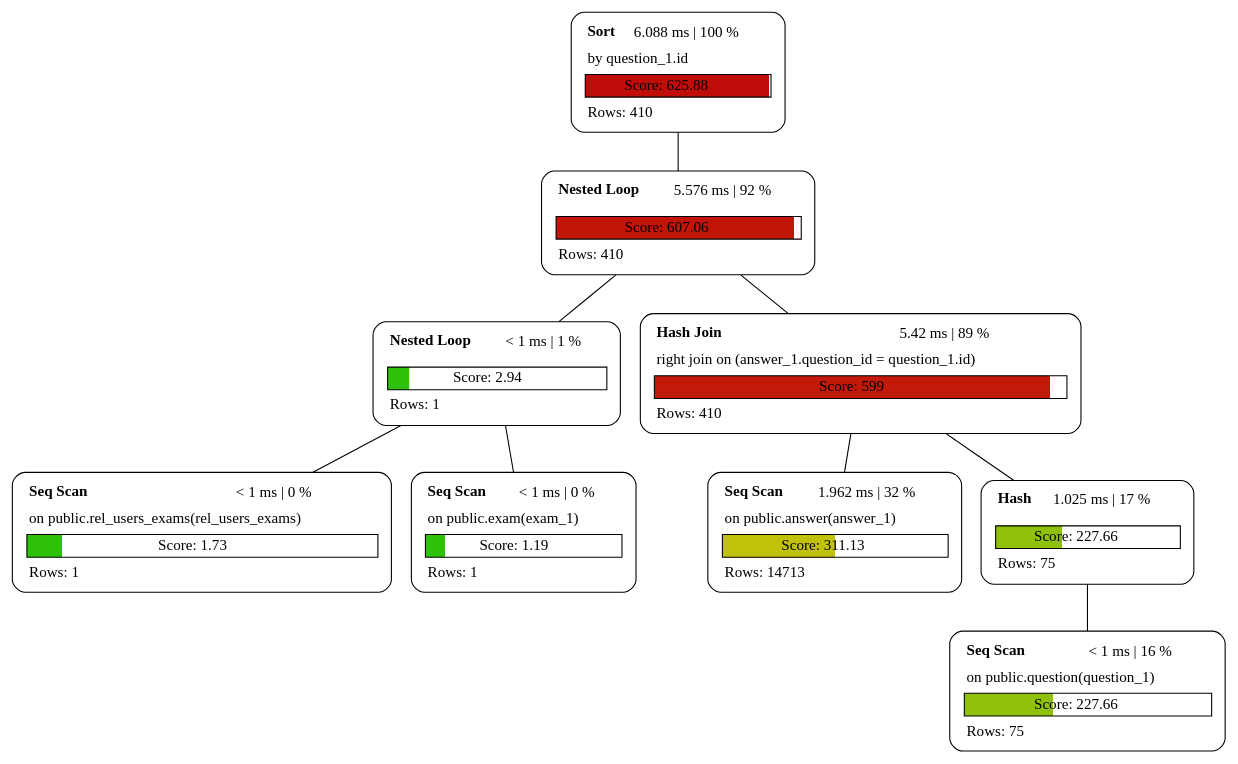
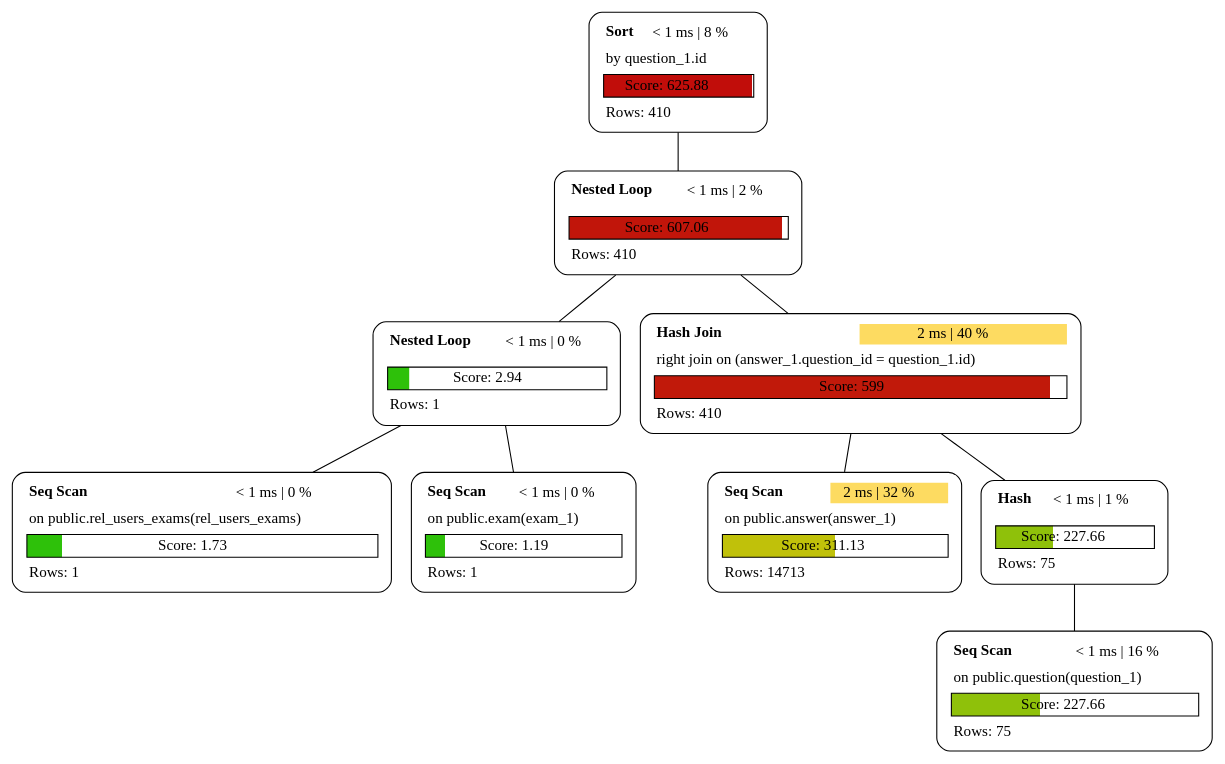
The diagram in examples/plan_2.dot (sanpii/explain), drawn with Graphviz before and after one commit. The commit also changed 16 other files, not shown here.

```diff
--- a/examples/plan_2.dot
+++ b/examples/plan_2.dot
@@ -1,19 +1,19 @@
 graph explain {
-    node0[label=<<table border="0" cellborder="0" cellspacing="5"><tr><td align="left"><b>Sort</b></td><td>6.088 ms | 100 %</td></tr><tr><td colspan="2" align="left">by question_1.id</td></tr><tr><td colspan="2" border="1" bgcolor="#c10d0a;0.99:white">Score: 625.88</td></tr><tr><td colspan="2" align="left">Rows: 410</td></tr></table>>][style="rounded"][shape="box"];
-    node1[label=<<table border="0" cellborder="0" cellspacing="5"><tr><td align="left"><b>Nested Loop</b></td><td>5.576 ms | 92 %</td></tr><tr><td colspan="2" align="left"></td></tr><tr><td colspan="2" border="1" bgcolor="#c1150a;0.97:white">Score: 607.06</td></tr><tr><td colspan="2" align="left">Rows: 410</td></tr></table>>][style="rounded"][shape="box"];
-    node2[label=<<table border="0" cellborder="0" cellspacing="5"><tr><td align="left"><b>Nested Loop</b></td><td>&lt; 1 ms | 1 %</td></tr><tr><td colspan="2" align="left"></td></tr><tr><td colspan="2" border="1" bgcolor="#2ec10a;0.10:white">Score: 2.94</td></tr><tr><td colspan="2" align="left">Rows: 1</td></tr></table>>][style="rounded"][shape="box"];
+    node0[label=<<table border="0" cellborder="0" cellspacing="5"><tr><td align="left"><b>Sort</b></td><td>&lt; 1 ms | 8 %</td></tr><tr><td colspan="2" align="left">by question_1.id</td></tr><tr><td colspan="2" border="1" bgcolor="#c10d0a;0.99:white">Score: 625.88</td></tr><tr><td colspan="2" align="left">Rows: 410</td></tr></table>>][style="rounded"][shape="box"];
+    node1[label=<<table border="0" cellborder="0" cellspacing="5"><tr><td align="left"><b>Nested Loop</b></td><td>&lt; 1 ms | 2 %</td></tr><tr><td colspan="2" align="left"></td></tr><tr><td colspan="2" border="1" bgcolor="#c1150a;0.97:white">Score: 607.06</td></tr><tr><td colspan="2" align="left">Rows: 410</td></tr></table>>][style="rounded"][shape="box"];
+    node2[label=<<table border="0" cellborder="0" cellspacing="5"><tr><td align="left"><b>Nested Loop</b></td><td>&lt; 1 ms | 0 %</td></tr><tr><td colspan="2" align="left"></td></tr><tr><td colspan="2" border="1" bgcolor="#2ec10a;0.10:white">Score: 2.94</td></tr><tr><td colspan="2" align="left">Rows: 1</td></tr></table>>][style="rounded"][shape="box"];
     node3[label=<<table border="0" cellborder="0" cellspacing="5"><tr><td align="left"><b>Seq Scan</b></td><td>&lt; 1 ms | 0 %</td></tr><tr><td colspan="2" align="left">on public.rel_users_exams(rel_users_exams)</td></tr><tr><td colspan="2" border="1" bgcolor="#2ec10a;0.10:white">Score: 1.73</td></tr><tr><td colspan="2" align="left">Rows: 1</td></tr></table>>][style="rounded"][shape="box"];
     node4[label=<<table border="0" cellborder="0" cellspacing="5"><tr><td align="left"><b>Seq Scan</b></td><td>&lt; 1 ms | 0 %</td></tr><tr><td colspan="2" align="left">on public.exam(exam_1)</td></tr><tr><td colspan="2" border="1" bgcolor="#2ec10a;0.10:white">Score: 1.19</td></tr><tr><td colspan="2" align="left">Rows: 1</td></tr></table>>][style="rounded"][shape="box"];
-    node5[label=<<table border="0" cellborder="0" cellspacing="5"><tr><td align="left"><b>Hash Join</b></td><td>5.42 ms | 89 %</td></tr><tr><td colspan="2" align="left">right join on (answer_1.question_id = question_1.id)</td></tr><tr><td colspan="2" border="1" bgcolor="#c1190a;0.96:white">Score: 599</td></tr><tr><td colspan="2" align="left">Rows: 410</td></tr></table>>][style="rounded"][shape="box"];
-    node6[label=<<table border="0" cellborder="0" cellspacing="5"><tr><td align="left"><b>Seq Scan</b></td><td>1.962 ms | 32 %</td></tr><tr><td colspan="2" align="left">on public.answer(answer_1)</td></tr><tr><td colspan="2" border="1" bgcolor="#c0c10a;0.50:white">Score: 311.13</td></tr><tr><td colspan="2" align="left">Rows: 14713</td></tr></table>>][style="rounded"][shape="box"];
-    node7[label=<<table border="0" cellborder="0" cellspacing="5"><tr><td align="left"><b>Hash</b></td><td>1.025 ms | 17 %</td></tr><tr><td colspan="2" align="left"></td></tr><tr><td colspan="2" border="1" bgcolor="#8fc10a;0.36:white">Score: 227.66</td></tr><tr><td colspan="2" align="left">Rows: 75</td></tr></table>>][style="rounded"][shape="box"];
+    node5[label=<<table border="0" cellborder="0" cellspacing="5"><tr><td align="left"><b>Hash Join</b></td><td bgcolor="#fddb61">2 ms | 40 %</td></tr><tr><td colspan="2" align="left">right join on (answer_1.question_id = question_1.id)</td></tr><tr><td colspan="2" border="1" bgcolor="#c1190a;0.96:white">Score: 599</td></tr><tr><td colspan="2" align="left">Rows: 410</td></tr></table>>][style="rounded"][shape="box"];
+    node6[label=<<table border="0" cellborder="0" cellspacing="5"><tr><td align="left"><b>Seq Scan</b></td><td bgcolor="#fddb61">2 ms | 32 %</td></tr><tr><td colspan="2" align="left">on public.answer(answer_1)</td></tr><tr><td colspan="2" border="1" bgcolor="#c0c10a;0.50:white">Score: 311.13</td></tr><tr><td colspan="2" align="left">Rows: 14713</td></tr></table>>][style="rounded"][shape="box"];
+    node7[label=<<table border="0" cellborder="0" cellspacing="5"><tr><td align="left"><b>Hash</b></td><td>&lt; 1 ms | 1 %</td></tr><tr><td colspan="2" align="left"></td></tr><tr><td colspan="2" border="1" bgcolor="#8fc10a;0.36:white">Score: 227.66</td></tr><tr><td colspan="2" align="left">Rows: 75</td></tr></table>>][style="rounded"][shape="box"];
     node8[label=<<table border="0" cellborder="0" cellspacing="5"><tr><td align="left"><b>Seq Scan</b></td><td>&lt; 1 ms | 16 %</td></tr><tr><td colspan="2" align="left">on public.question(question_1)</td></tr><tr><td colspan="2" border="1" bgcolor="#8fc10a;0.36:white">Score: 227.66</td></tr><tr><td colspan="2" align="left">Rows: 75</td></tr></table>>][style="rounded"][shape="box"];
     node0 -- node1[label=""];
     node1 -- node2[label=""];
     node2 -- node3[label=""];
     node2 -- node4[label=""];
     node1 -- node5[label=""];
     node5 -- node6[label=""];
     node5 -- node7[label=""];
     node7 -- node8[label=""];
 }
```
